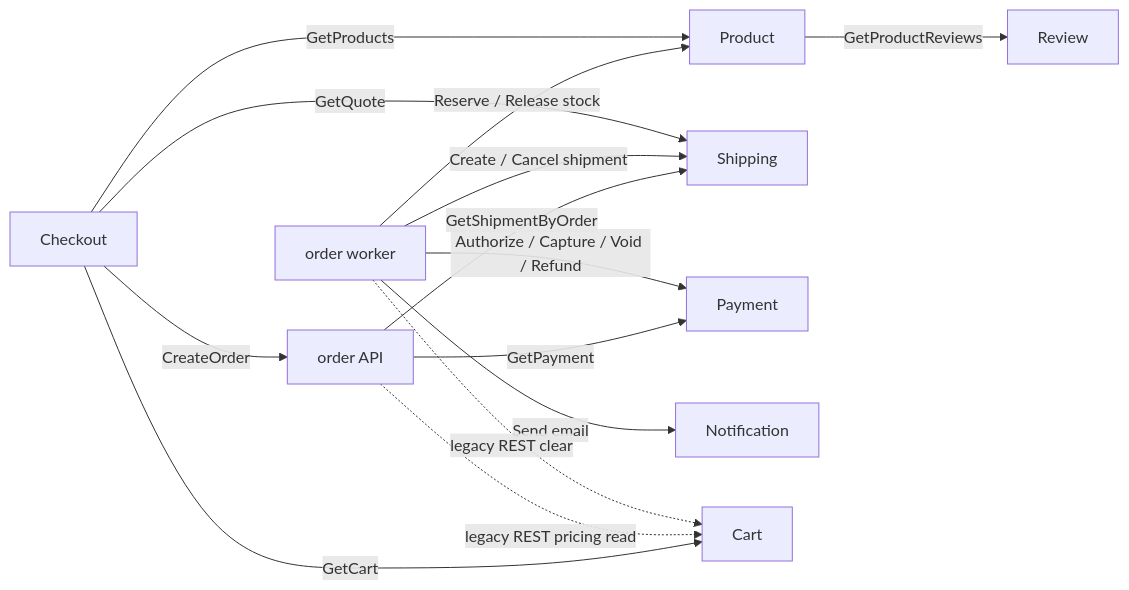
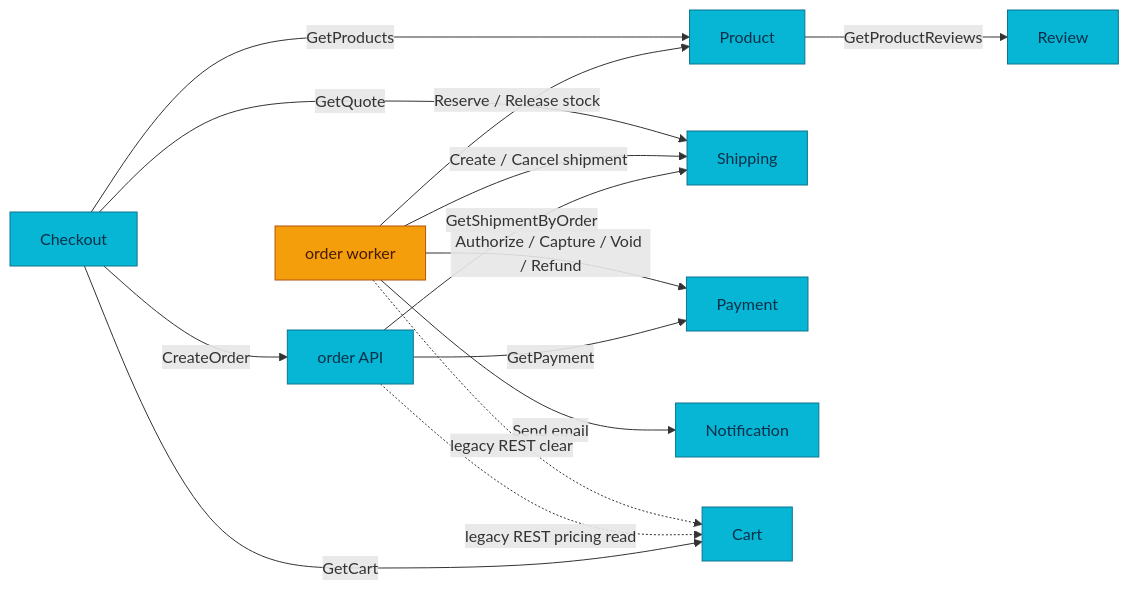
The fifth of 6 diagrams in docs/api/api.md (duynhlab/homelab), drawn with Mermaid before and after one commit. The commit also changed other lines of this file and 15 other files, not shown here.

First line of the commit message:
Improve API architecture diagrams (#513)

````diff
--- a/docs/api/api.md
+++ b/docs/api/api.md
@@ -287,16 +384,21 @@
 ```mermaid
 flowchart LR
     Product -->|"GetProductReviews"| Review
     OrderAPI["order API"] -->|"GetShipmentByOrder"| Shipping
     OrderAPI -->|"GetPayment"| Payment
     Worker["order worker"] -->|"Reserve / Release stock"| Product
     Worker -->|"Create / Cancel shipment"| Shipping
     Worker -->|"Send email"| Notification
     Worker -->|"Authorize / Capture / Void / Refund"| Payment
     Checkout -->|"GetCart"| Cart
     Checkout -->|"GetProducts"| Product
     Checkout -->|"GetQuote"| Shipping
     Checkout -->|"CreateOrder"| OrderAPI
     OrderAPI -.->|"legacy REST pricing read"| Cart
     Worker -.->|"legacy REST clear"| Cart
+
+    classDef service fill:#06b6d4,color:#082f49,stroke:#0e7490;
+    classDef worker fill:#f59e0b,color:#451a03,stroke:#b45309;
+    class Product,Review,OrderAPI,Shipping,Payment,Notification,Checkout,Cart service;
+    class Worker worker;
 ```
````
